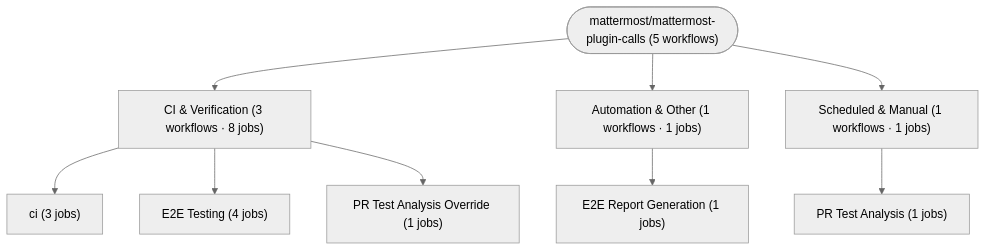
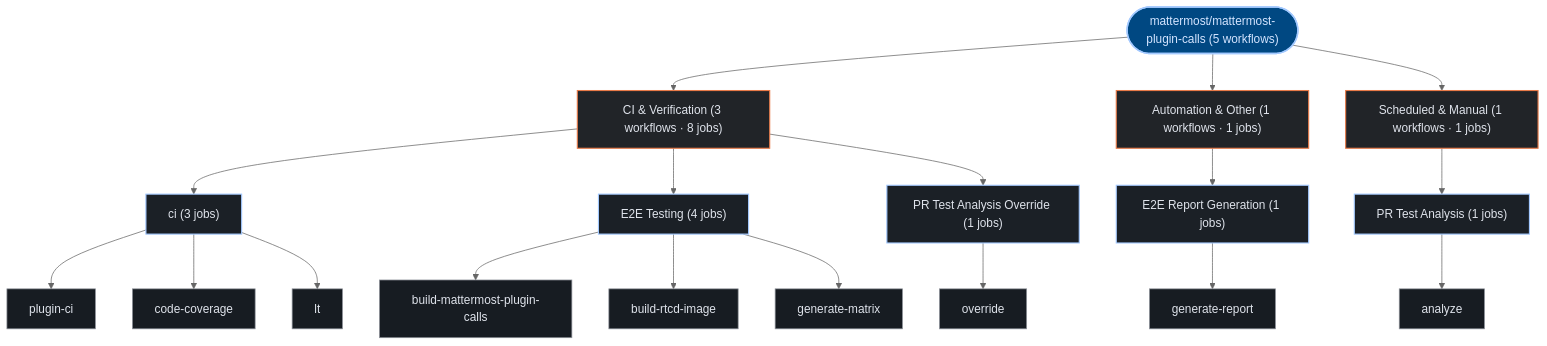
Before and after one commit to kumarshaz/atruss-code-atlas: the third of 3 diagrams in exports/latest/reports/mattermost-mattermost-plugin-calls-report.md, drawn with Mermaid (neutral theme). The commit also changed other lines of this file and 331 other files, not shown here.

Commit message:
docs,ui,fix: update SDLC docs, reorder CI/CD DAG first, stylize Mermaid, and fix Arc42 pipeline topology

````diff
--- a/exports/latest/reports/mattermost-mattermost-plugin-calls-report.md
+++ b/exports/latest/reports/mattermost-mattermost-plugin-calls-report.md
@@ -248,20 +259,45 @@
 ```mermaid
 graph TD;
-  pipeline_root(["mattermost/mattermost-plugin-calls (5 workflows)"])
-  grp_0_CI___Verification["CI & Verification (3 workflows · 8 jobs)"]
+  classDef atlasRoot fill:#004882,stroke:#a3c9ff,stroke-width:2px,color:#d3e4ff
+  classDef atlasCategory fill:#212428,stroke:#E87A48,stroke-width:1.5px,color:#dfe3eb
+  classDef atlasWorkflow fill:#1b2026,stroke:#a3c9ff,stroke-width:1.5px,color:#dfe3eb
+  classDef atlasJob fill:#171c22,stroke:#8d9199,stroke-width:1px,color:#dfe3eb
+  classDef atlasTarget fill:#005227,stroke:#8bd99b,stroke-width:1.5px,color:#a7f6b6
+  classDef atlasAlert fill:#93000a,stroke:#ffb4ab,stroke-width:1.5px,color:#ffdad6
+  classDef atlasMore fill:#252a31,stroke:#8d9199,stroke-dasharray:4 4,color:#c3c6cf
+  pipeline_root(["mattermost/mattermost-plugin-calls (5 workflows)"]):::atlasRoot
+  grp_0_CI___Verification["CI & Verification (3 workflows · 8 jobs)"]:::atlasCategory
   pipeline_root --> grp_0_CI___Verification
-  wf_0_ci["ci (3 jobs)"]
+  wf_0_ci["ci (3 jobs)"]:::atlasWorkflow
   grp_0_CI___Verification --> wf_0_ci
-  wf_1_E2E_Testing["E2E Testing (4 jobs)"]
+  job_0_plugin_ci["plugin-ci"]:::atlasJob
+  job_0_code_coverage["code-coverage"]:::atlasJob
+  job_0_lt["lt"]:::atlasJob
+  wf_0_ci --> job_0_plugin_ci
+  wf_0_ci --> job_0_code_coverage
+  wf_0_ci --> job_0_lt
+  wf_1_E2E_Testing["E2E Testing (4 jobs)"]:::atlasWorkflow
   grp_0_CI___Verification --> wf_1_E2E_Testing
-  wf_3_PR_Test_Analysis_Override["PR Test Analysis Override (1 jobs)"]
+  job_1_build_mattermost_plugin_calls["build-mattermost-plugin-calls"]:::atlasJob
+  job_1_build_rtcd_image["build-rtcd-image"]:::atlasJob
+  job_1_generate_matrix["generate-matrix"]:::atlasJob
+  wf_1_E2E_Testing --> job_1_build_mattermost_plugin_calls
+  wf_1_E2E_Testing --> job_1_build_rtcd_image
+  wf_1_E2E_Testing --> job_1_generate_matrix
+  wf_3_PR_Test_Analysis_Override["PR Test Analysis Override (1 jobs)"]:::atlasWorkflow
   grp_0_CI___Verification --> wf_3_PR_Test_Analysis_Override
-  grp_1_Automation___Other["Automation & Other (1 workflows · 1 jobs)"]
+  job_3_override["override"]:::atlasJob
+  wf_3_PR_Test_Analysis_Override --> job_3_override
+  grp_1_Automation___Other["Automation & Other (1 workflows · 1 jobs)"]:::atlasCategory
   pipeline_root --> grp_1_Automation___Other
-  wf_2_E2E_Report_Generation["E2E Report Generation (1 jobs)"]
+  wf_2_E2E_Report_Generation["E2E Report Generation (1 jobs)"]:::atlasWorkflow
   grp_1_Automation___Other --> wf_2_E2E_Report_Generation
-  grp_2_Scheduled___Manual["Scheduled & Manual (1 workflows · 1 jobs)"]
+  job_2_generate_report["generate-report"]:::atlasJob
+  wf_2_E2E_Report_Generation --> job_2_generate_report
+  grp_2_Scheduled___Manual["Scheduled & Manual (1 workflows · 1 jobs)"]:::atlasCategory
   pipeline_root --> grp_2_Scheduled___Manual
-  wf_4_PR_Test_Analysis["PR Test Analysis (1 jobs)"]
+  wf_4_PR_Test_Analysis["PR Test Analysis (1 jobs)"]:::atlasWorkflow
   grp_2_Scheduled___Manual --> wf_4_PR_Test_Analysis
+  job_4_analyze["analyze"]:::atlasJob
+  wf_4_PR_Test_Analysis --> job_4_analyze
 ```
````
